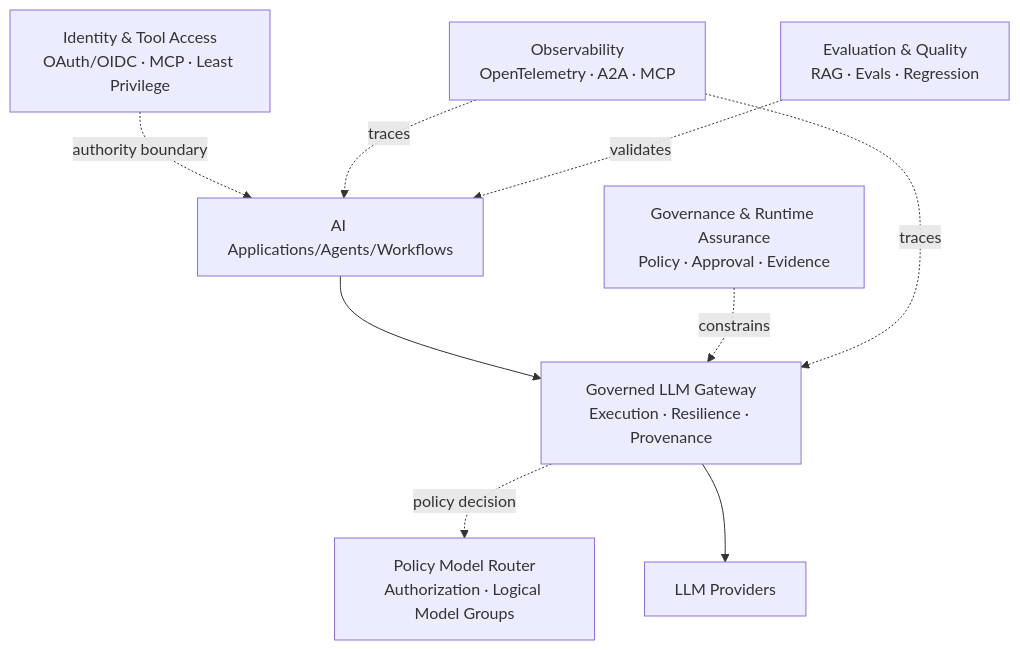
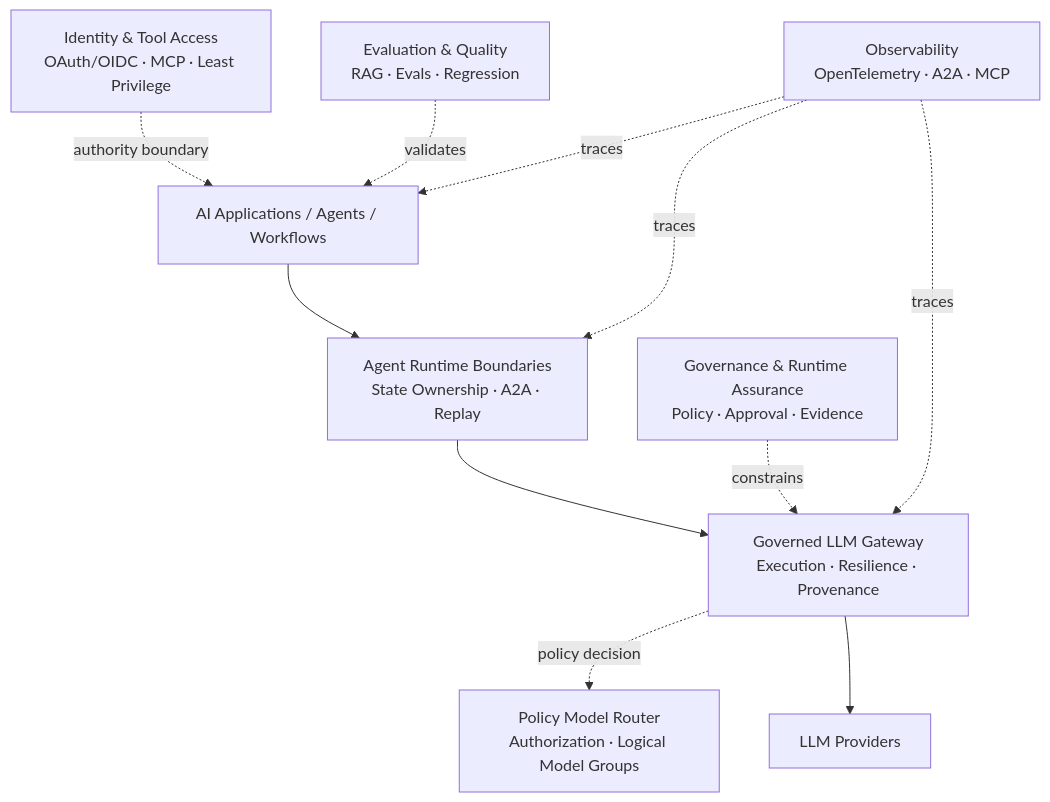
Before and after one commit to brunovicco/brunovicco: the diagram in README.md, drawn with Mermaid. The commit also changed other lines of this file and 3 other files, not shown here.

First line of the commit message:
docs: add agent runtime boundaries to portfolio

````diff
--- a/README.md
+++ b/README.md
@@ -55,23 +56,26 @@
 ```mermaid
 flowchart TB
-    Apps["AI Applications/Agents/Workflows"]
+    Apps["AI Applications / Agents / Workflows"]
 
     Gateway["Governed LLM Gateway<br/>Execution · Resilience · Provenance"]
     Router["Policy Model Router<br/>Authorization · Logical Model Groups"]
     Providers["LLM Providers"]
 
+    Boundaries["Agent Runtime Boundaries<br/>State Ownership · A2A · Replay"]
     Governance["Governance & Runtime Assurance<br/>Policy · Approval · Evidence"]
     Identity["Identity & Tool Access<br/>OAuth/OIDC · MCP · Least Privilege"]
     Observability["Observability<br/>OpenTelemetry · A2A · MCP"]
     Evaluation["Evaluation & Quality<br/>RAG · Evals · Regression"]
 
-    Apps --> Gateway
+    Apps --> Boundaries
+    Boundaries --> Gateway
     Gateway -. policy decision .-> Router
     Gateway --> Providers
 
     Governance -. constrains .-> Gateway
     Identity -. authority boundary .-> Apps
     Observability -. traces .-> Apps
+    Observability -. traces .-> Boundaries
     Observability -. traces .-> Gateway
     Evaluation -. validates .-> Apps
 ```
````
